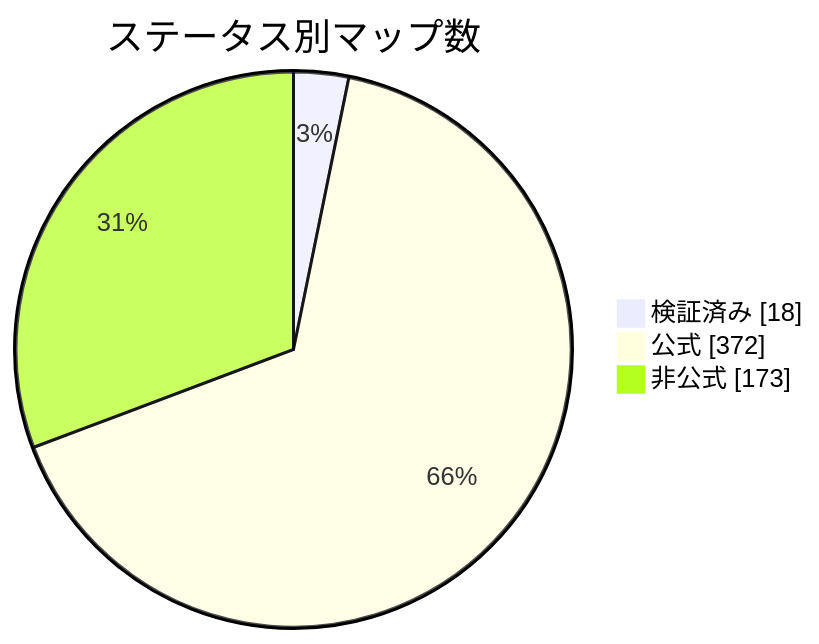
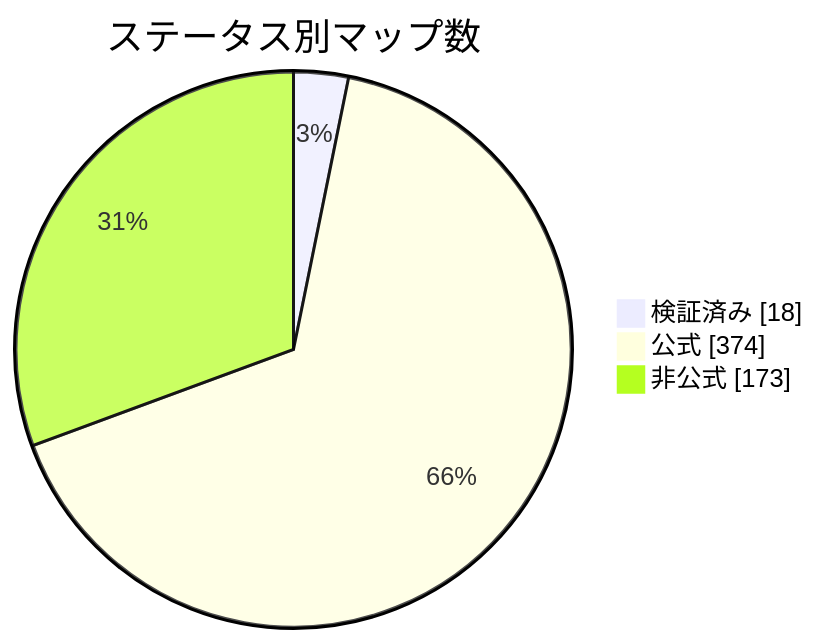
One commit to nobrega8/mbmap-library changed the diagram in docs/readme/README_JP.md. Above: the diagram before and after it, drawn with Mermaid. The commit also changed 7 other files, not shown here.

````diff
--- a/docs/readme/README_JP.md
+++ b/docs/readme/README_JP.md
@@ -54,7 +54,7 @@
 ```mermaid
 pie showData
     title ステータス別マップ数
     "検証済み" : 18
-    "公式" : 372
+    "公式" : 374
     "非公式" : 173
 ```
````
